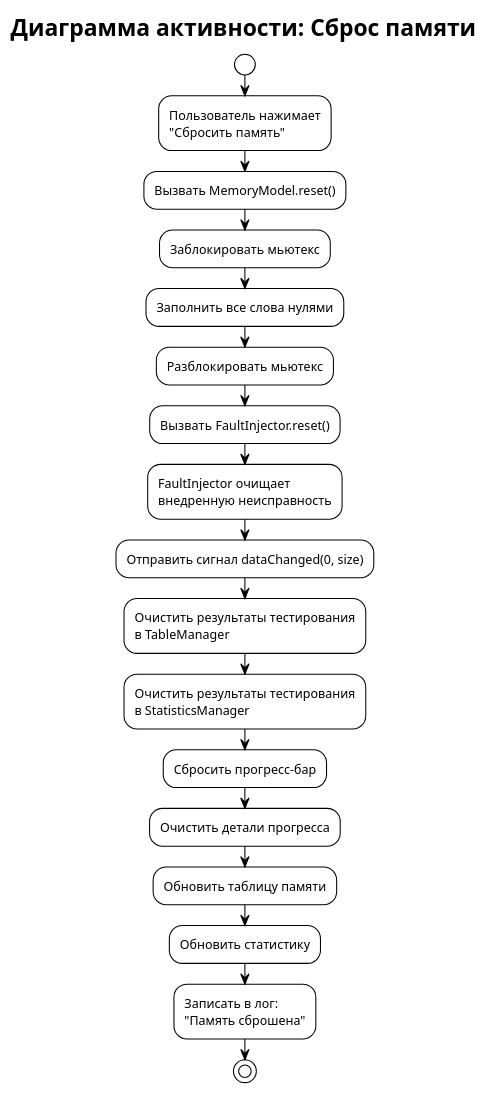
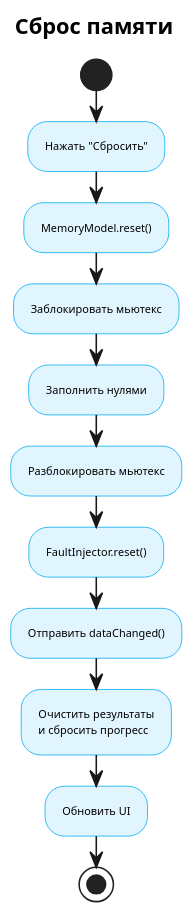
The diagram in docs/activity_reset_memory.puml (Jalet-fry/RAM_clone), drawn with PlantUML before and after one commit. The commit also changed other lines of this file and 35 other files, not shown here.

Commit message:
docs and diagrams

```diff
--- a/docs/activity_reset_memory.puml
+++ b/docs/activity_reset_memory.puml
@@ -1,40 +1,30 @@
 @startuml activity_reset_memory
-!theme plain
+scale 1.5
+skinparam {
+    shadowing false
+    linetype ortho
+    defaultFontSize 10
+    padding 1
+}
 
-title Диаграмма активности: Сброс памяти
+skinparam activity {
+    BackgroundColor #E1F5FE
+    BorderColor #03A9F4
+    FontSize 7
+}
+
+title Сброс памяти
 
 start
-
-:Пользователь нажимает\n"Сбросить память";
-
-:Вызвать MemoryModel.reset();
-
+:Нажать "Сбросить";
+:MemoryModel.reset();
 :Заблокировать мьютекс;
-
-:Заполнить все слова нулями;
-
+:Заполнить нулями;
 :Разблокировать мьютекс;
-
-:Вызвать FaultInjector.reset();
-
-:FaultInjector очищает\nвнедренную неисправность;
-
-:Отправить сигнал dataChanged(0, size);
-
-:Очистить результаты тестирования\nв TableManager;
-
-:Очистить результаты тестирования\nв StatisticsManager;
-
-:Сбросить прогресс-бар;
-
-:Очистить детали прогресса;
-
-:Обновить таблицу памяти;
-
-:Обновить статистику;
-
-:Записать в лог:\n"Память сброшена";
-
+:FaultInjector.reset();
+:Отправить dataChanged();
+:Очистить результаты\nи сбросить прогресс;
+:Обновить UI;
 stop
 
 @enduml
```
